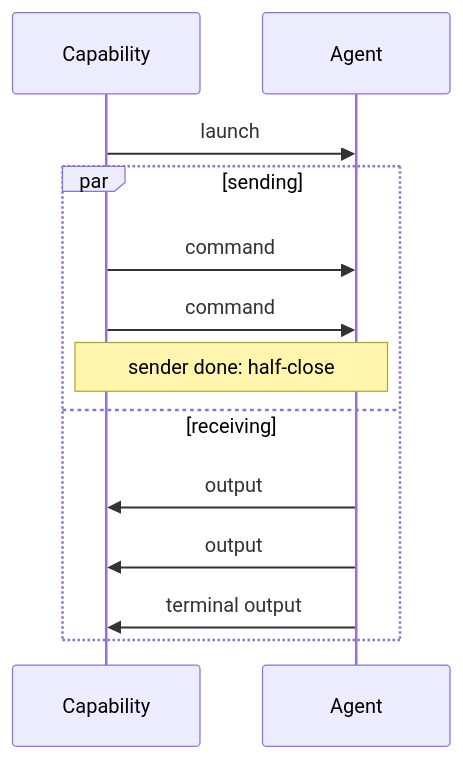
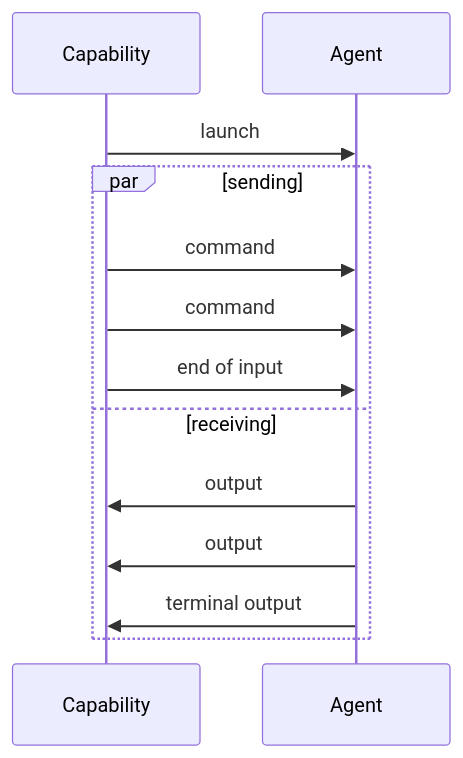
The sixth of 6 diagrams in docs/framework/agents/common-agent-capability-patterns.md (not-sekiun/Consortium), drawn with Mermaid before and after one commit. The commit also changed other lines of this file and 4 other files, not shown here.

````diff
--- a/docs/framework/agents/common-agent-capability-patterns.md
+++ b/docs/framework/agents/common-agent-capability-patterns.md
@@ -263,15 +269,15 @@
 ```mermaid
 sequenceDiagram
     participant C as Capability
     participant A as Agent
     C->>A: launch
     par sending
         C->>A: command
         C->>A: command
-        Note over C,A: sender done: half-close
+        C->>A: end of input
     and receiving
         A->>C: output
         A->>C: output
         A->>C: terminal output
     end
 ```
````
